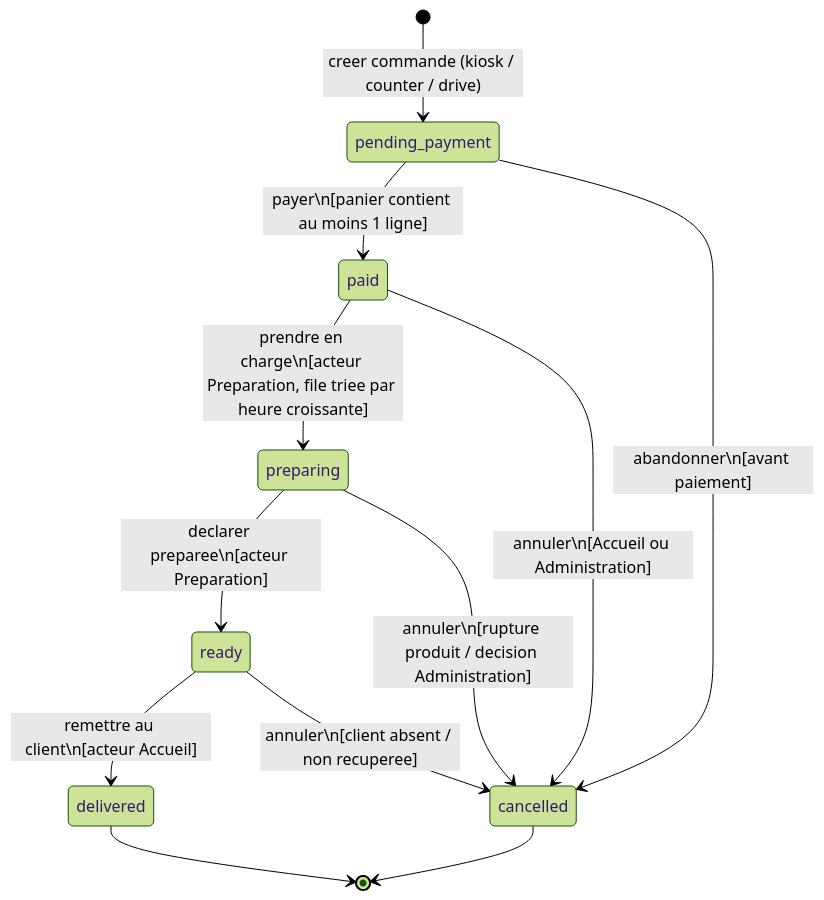
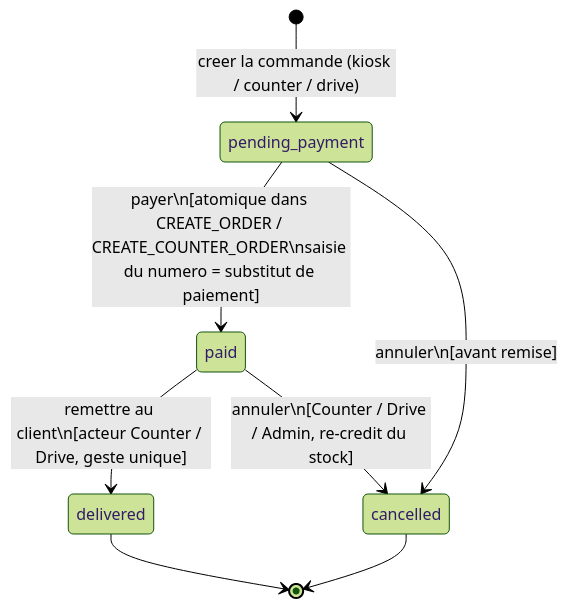
The diagram in docs/uml/state-commande.md (AcadeNice/wakdo_corentin), drawn with Mermaid (forest theme) before and after one commit. The commit also changed other lines of this file and 34 other files, not shown here.

````diff
--- a/docs/uml/state-commande.md
+++ b/docs/uml/state-commande.md
@@ -63,19 +70,13 @@
 ```mermaid
 stateDiagram-v2
-    [*] --> pending_payment : creer commande (kiosk / counter / drive)
+    [*] --> pending_payment : creer la commande (kiosk / counter / drive)
 
-    pending_payment --> paid : payer\n[panier contient au moins 1 ligne]
-    pending_payment --> cancelled : abandonner\n[avant paiement]
+    pending_payment --> paid : payer\n[atomique dans CREATE_ORDER / CREATE_COUNTER_ORDER\nsaisie du numero = substitut de paiement]
+    pending_payment --> cancelled : annuler\n[avant remise]
 
-    paid --> preparing : prendre en charge\n[acteur Preparation, file triee par heure croissante]
-    paid --> cancelled : annuler\n[Accueil ou Administration]
-
-    preparing --> ready : declarer preparee\n[acteur Preparation]
-    preparing --> cancelled : annuler\n[rupture produit / decision Administration]
-
-    ready --> delivered : remettre au client\n[acteur Accueil]
-    ready --> cancelled : annuler\n[client absent / non recuperee]
+    paid --> delivered : remettre au client\n[acteur Counter / Drive, geste unique]
+    paid --> cancelled : annuler\n[Counter / Drive / Admin, re-credit du stock]
 
     delivered --> [*]
     cancelled --> [*]
 ```
````
